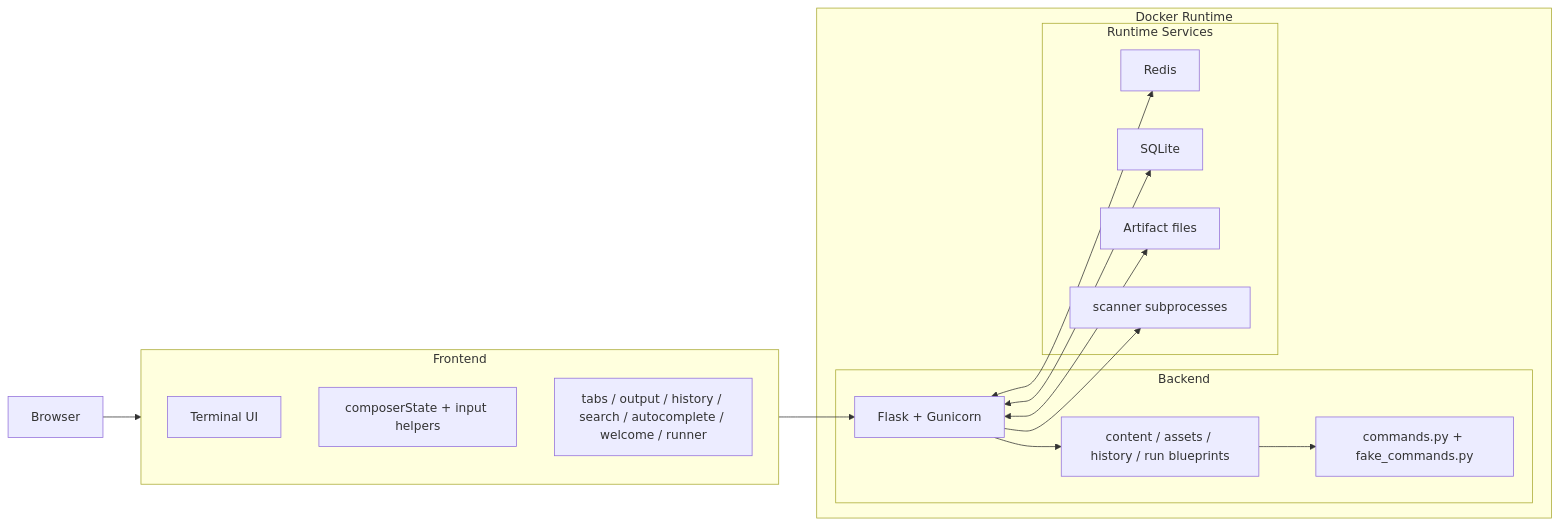
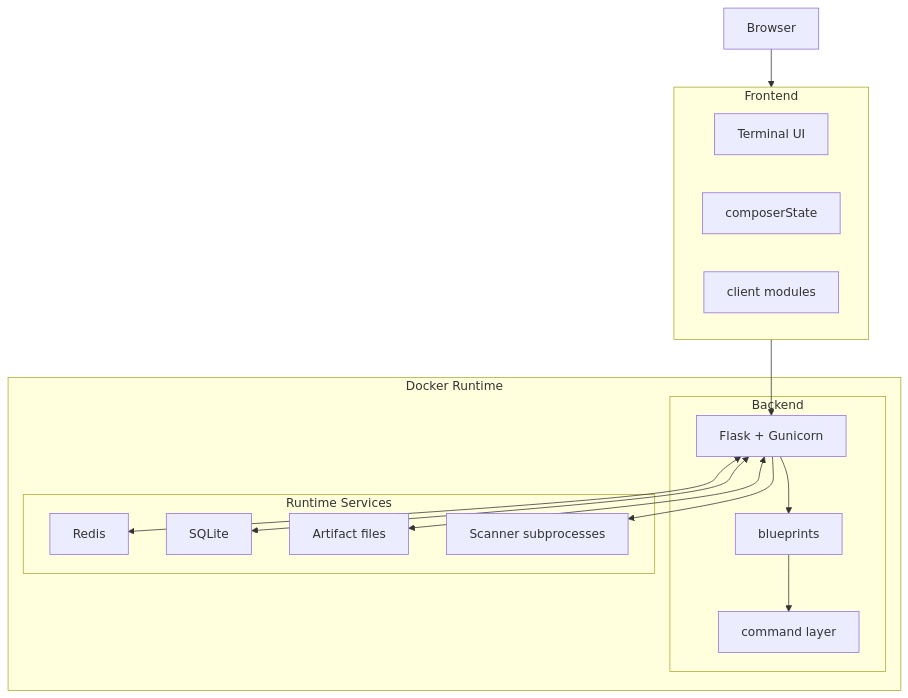
The first of 6 diagrams in ARCHITECTURE.md (darklab-sh/darklab-shell), drawn with Mermaid before and after one commit. The commit also changed other lines of this file and 17 other files, not shown here.

````diff
--- a/ARCHITECTURE.md
+++ b/ARCHITECTURE.md
@@ -38,34 +38,34 @@
 ```mermaid
-flowchart LR
+flowchart TB
   Browser["Browser"]
 
   subgraph Frontend["Frontend"]
     ShellUI["Terminal UI"]
-    Composer["composerState + input helpers"]
-    ClientModules["tabs / output / history / search / autocomplete / welcome / runner"]
+    Composer["composerState"]
+    ClientModules["client modules"]
   end
 
   subgraph Docker["Docker Runtime"]
     subgraph Backend["Backend"]
       Flask["Flask + Gunicorn"]
-      Content["content / assets / history / run blueprints"]
-      CommandLayer["commands.py + fake_commands.py"]
+      Content["blueprints"]
+      CommandLayer["command layer"]
     end
 
     subgraph Services["Runtime Services"]
       Redis["Redis"]
       SQLite["SQLite"]
       Artifacts["Artifact files"]
-      Scanner["scanner subprocesses"]
+      Scanner["Scanner subprocesses"]
     end
   end
 
   Browser --> Frontend
   Frontend --> Flask
   Flask --> Content
   Content --> CommandLayer
   Flask <--> Redis
   Flask <--> SQLite
   Flask <--> Artifacts
   Flask --> Scanner
 ```
````
